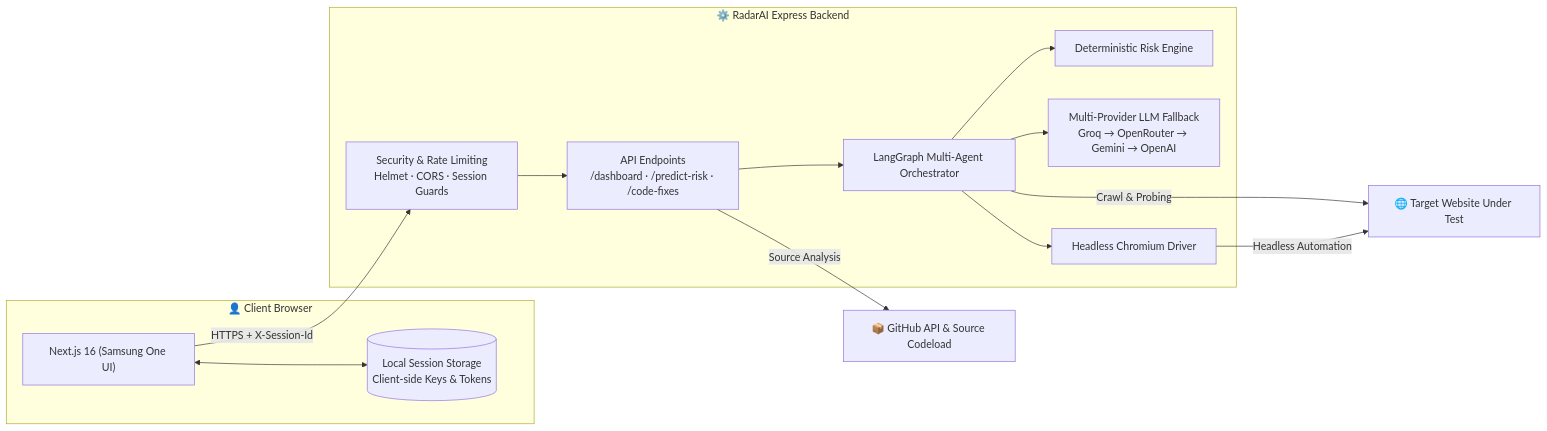
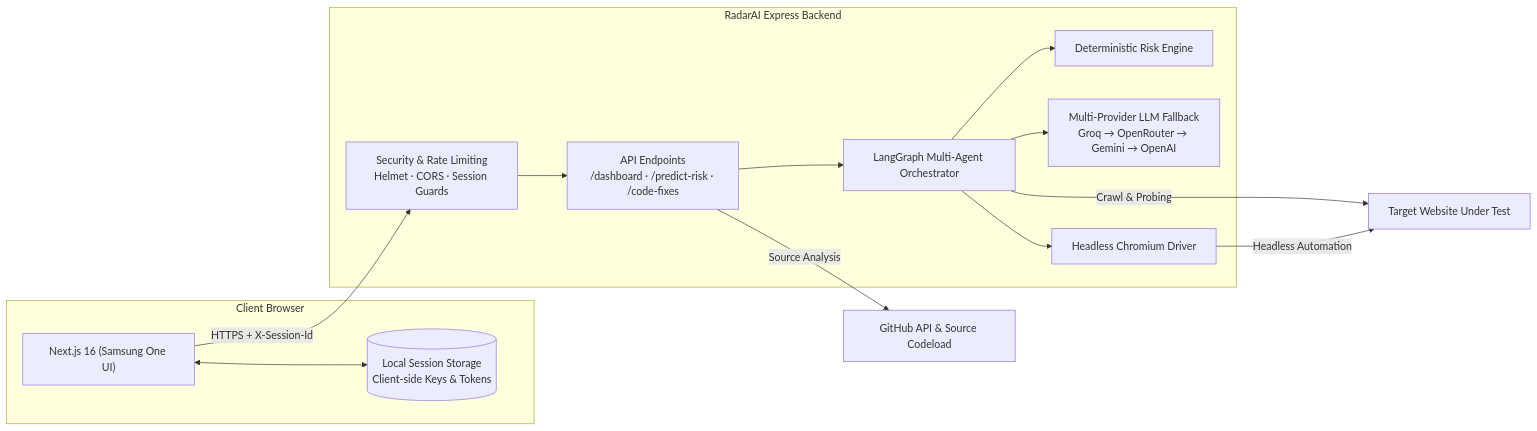
Before and after one commit to rahul-1909/Radar-AI: the first of 2 diagrams in README.md, drawn with Mermaid. The commit also changed other lines of this file, not shown here.

````diff
--- a/README.md
+++ b/README.md
@@ -32,30 +32,30 @@
 ```mermaid
 flowchart LR
-    subgraph Client["👤 Client Browser"]
+    subgraph Client["Client Browser"]
         UI["Next.js 16 (Samsung One UI)"]
         Store[("Local Session Storage<br/>Client-side Keys & Tokens")]
         UI <--> Store
     end
 
-    subgraph Platform["⚙️ RadarAI Express Backend"]
+    subgraph Platform["RadarAI Express Backend"]
         MW["Security & Rate Limiting<br/>Helmet · CORS · Session Guards"]
         Routes["API Endpoints<br/>/dashboard · /predict-risk · /code-fixes"]
         Graph["LangGraph Multi-Agent Orchestrator"]
         Engine["Deterministic Risk Engine"]
         LLM["Multi-Provider LLM Fallback<br/>Groq → OpenRouter → Gemini → OpenAI"]
         BrowserEngine["Headless Chromium Driver"]
 
         MW --> Routes --> Graph
         Graph --> Engine
         Graph --> LLM
         Graph --> BrowserEngine
     end
 
-    Target["🌐 Target Website Under Test"]
-    GitHub["📦 GitHub API & Source Codeload"]
+    Target["Target Website Under Test"]
+    GitHub["GitHub API & Source Codeload"]
 
     UI -- "HTTPS + X-Session-Id" --> MW
     Graph -- "Crawl & Probing" --> Target
     BrowserEngine -- "Headless Automation" --> Target
     Routes -- "Source Analysis" --> GitHub
 ```
````
